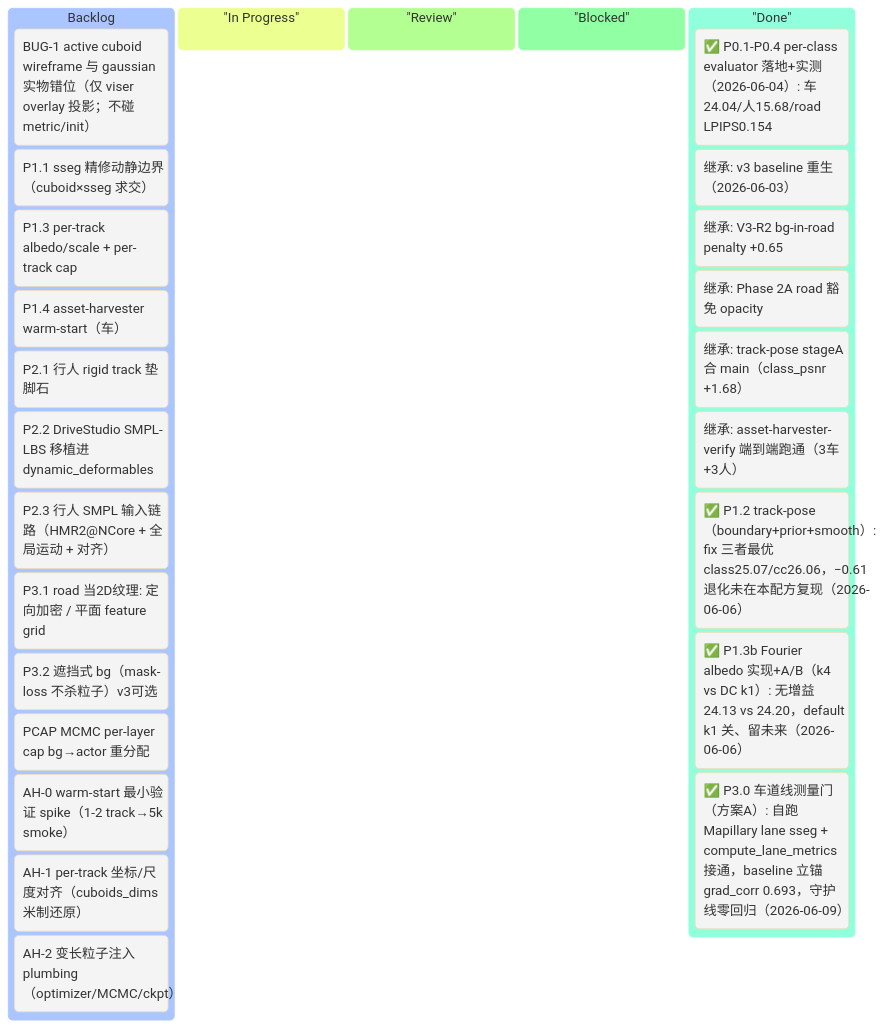
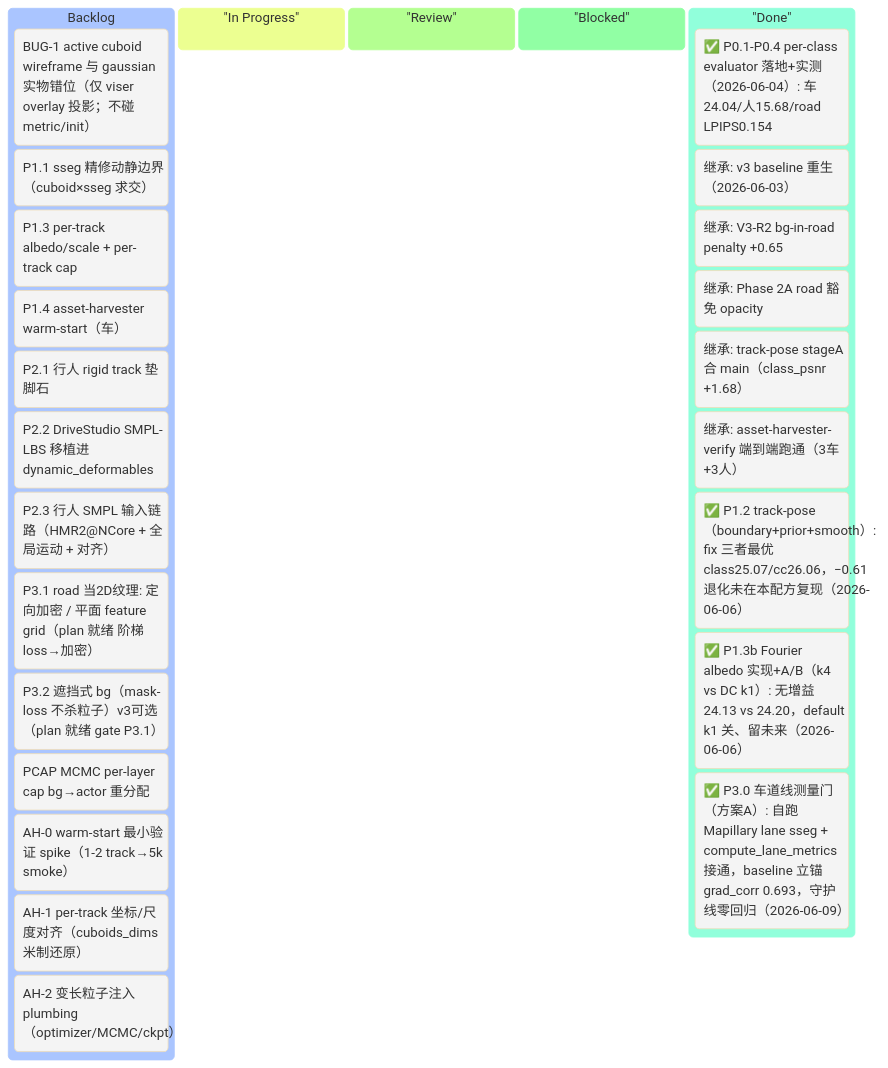
The first of 2 diagrams in v3_plan_revised.md (etendue/3dgrut), drawn with Mermaid before and after one commit. The commit also changed other lines of this file and 1 other file, not shown here.

First line of the commit message:
docs(P3-lane): add P3.1/P3.2 executable plan (阶梯 loss→定向加密 + 遮挡式 bg)

````diff
--- a/v3_plan_revised.md
+++ b/v3_plan_revised.md
@@ -67,35 +67,35 @@
 ```mermaid
 %%{init: {'theme':'base'}}%%
 kanban
     Backlog
         [BUG-1 active cuboid wireframe 与 gaussian 实物错位（仅 viser overlay 投影；不碰 metric/init）]
         [P1.1 sseg 精修动静边界（cuboid×sseg 求交）]
         [P1.3 per-track albedo/scale + per-track cap]
         [P1.4 asset-harvester warm-start（车）]
         [P2.1 行人 rigid track 垫脚石]
         [P2.2 DriveStudio SMPL-LBS 移植进 dynamic_deformables]
         [P2.3 行人 SMPL 输入链路（HMR2@NCore + 全局运动 + 对齐）]
-        [P3.1 road 当2D纹理: 定向加密 / 平面 feature grid]
-        [P3.2 遮挡式 bg（mask-loss 不杀粒子）v3可选]
+        [P3.1 road 当2D纹理: 定向加密 / 平面 feature grid（plan 就绪 阶梯 loss→加密）]
+        [P3.2 遮挡式 bg（mask-loss 不杀粒子）v3可选（plan 就绪 gate P3.1）]
         [PCAP MCMC per-layer cap bg→actor 重分配]
         [AH-0 warm-start 最小验证 spike（1-2 track→5k smoke）]
         [AH-1 per-track 坐标/尺度对齐（cuboids_dims 米制还原）]
         [AH-2 变长粒子注入 plumbing（optimizer/MCMC/ckpt）]
 
     "In Progress"
 
     "Review"
 
     "Blocked"
 
     "Done"
         [✅ P0.1-P0.4 per-class evaluator 落地+实测（2026-06-04）: 车24.04/人15.68/road LPIPS0.154]
         [继承: v3 baseline 重生（2026-06-03）]
         [继承: V3-R2 bg-in-road penalty +0.65]
         [继承: Phase 2A road 豁免 opacity]
         [继承: track-pose stageA 合 main（class_psnr +1.68）]
         [继承: asset-harvester-verify 端到端跑通（3车+3人）]
         [✅ P1.2 track-pose（boundary+prior+smooth）: fix 三者最优 class25.07/cc26.06，−0.61 退化未在本配方复现（2026-06-06）]
         [✅ P1.3b Fourier albedo 实现+A/B（k4 vs DC k1）: 无增益 24.13 vs 24.20，default k1 关、留未来（2026-06-06）]
         [✅ P3.0 车道线测量门（方案A）: 自跑 Mapillary lane sseg + compute_lane_metrics 接通，baseline 立锚 grad_corr 0.693，守护线零回归（2026-06-09）]
 ```
````
